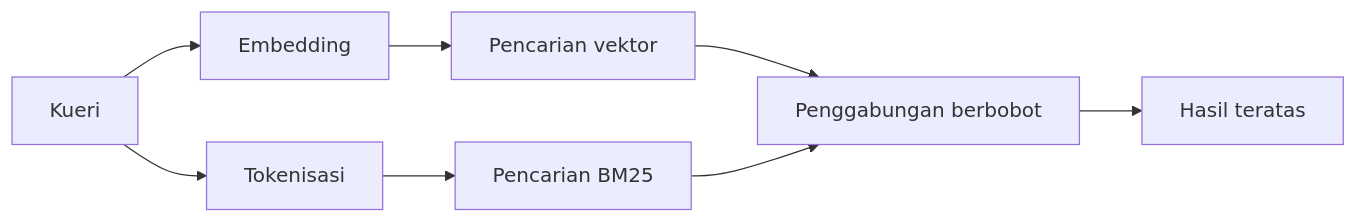
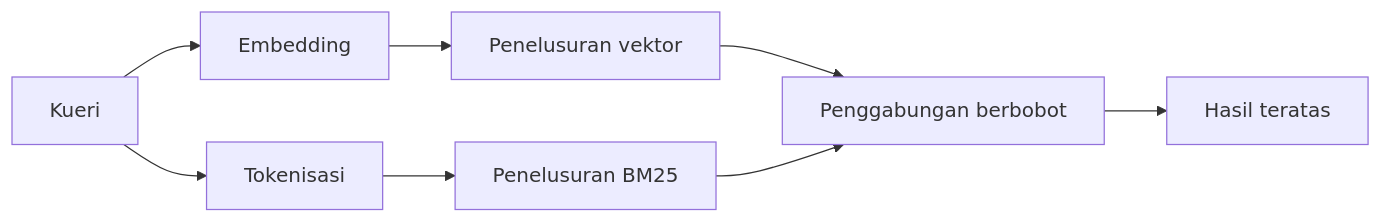
One commit to openclaw/docs changed the diagram in docs/id/concepts/memory-search.md. Above: the diagram before and after it, drawn with Mermaid. The commit also changed other lines of this file and 1235 other files, not shown here.

````diff
--- a/docs/id/concepts/memory-search.md
+++ b/docs/id/concepts/memory-search.md
@@ -79,10 +79,10 @@
 ```mermaid
 flowchart LR
     Q["Kueri"] --> E["Embedding"]
     Q --> T["Tokenisasi"]
-    E --> VS["Pencarian vektor"]
-    T --> BM["Pencarian BM25"]
+    E --> VS["Penelusuran vektor"]
+    T --> BM["Penelusuran BM25"]
     VS --> M["Penggabungan berbobot"]
     BM --> M
     M --> R["Hasil teratas"]
 ```
````
